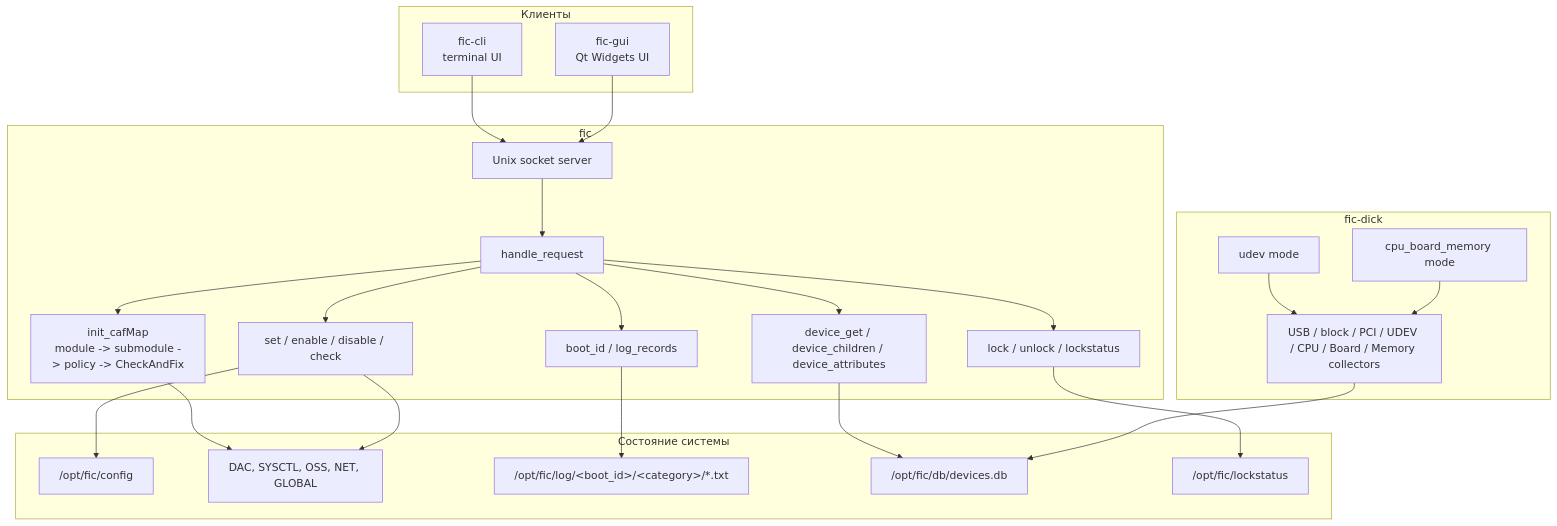
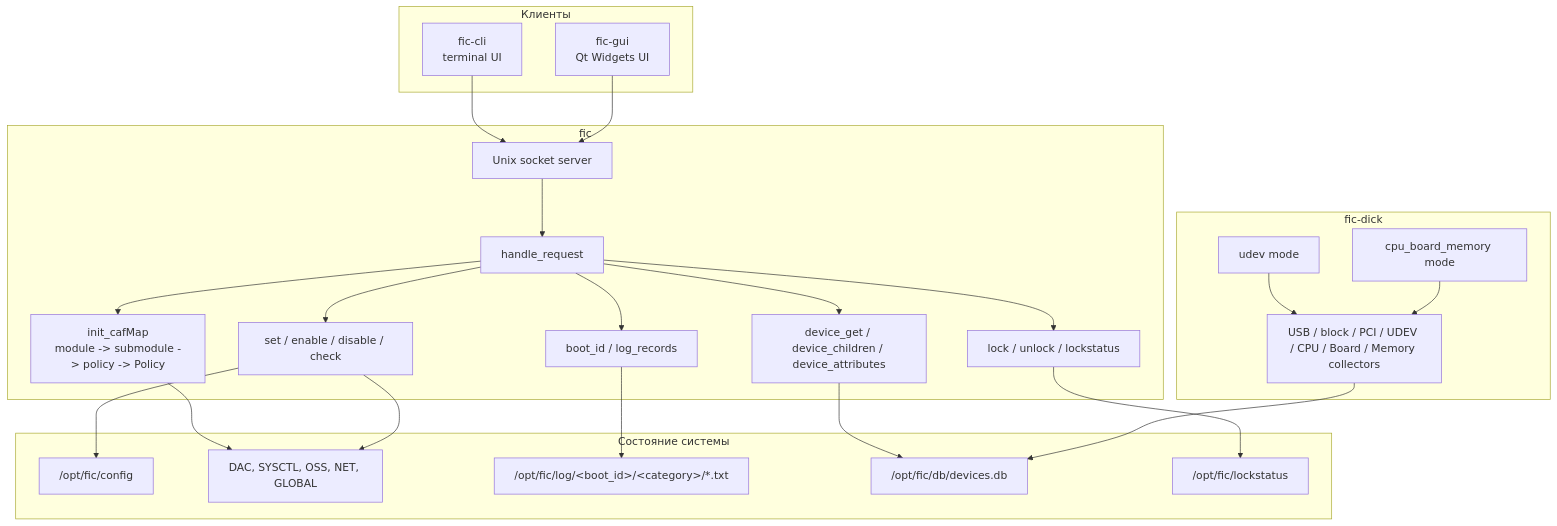
Before and after one commit to RevoltStar/FIC: the second of 10 diagrams in docs/architecture-diagrams.md, drawn with Mermaid. The commit also changed other lines of this file and 121 other files, not shown here.

Commit message:
Переименовываем CheckAndFix в Policy, check_and_fix в apply

````diff
--- a/docs/architecture-diagrams.md
+++ b/docs/architecture-diagrams.md
@@ -36,51 +36,51 @@
 ```mermaid
 flowchart TB
     subgraph Clients[Клиенты]
         cli["fic-cli<br/>terminal UI"]
         gui["fic-gui<br/>Qt Widgets UI"]
     end
 
     subgraph Daemon[fic]
         ipcServer[Unix socket server]
         requestRouter[handle_request]
-        cafMap["init_cafMap<br/>module -> submodule -> policy -> CheckAndFix"]
+        cafMap["init_cafMap<br/>module -> submodule -> policy -> Policy"]
         policyOps[set / enable / disable / check]
         deviceApi[device_get / device_children / device_attributes]
         logApi[boot_id / log_records]
         lockApi[lock / unlock / lockstatus]
     end
 
     subgraph CoreStorage[Состояние системы]
         config["/opt/fic/config"]
         modules[DAC, SYSCTL, OSS, NET, GLOBAL]
         logs["/opt/fic/log/&lt;boot_id&gt;/&lt;category&gt;/*.txt"]
         db["/opt/fic/db/devices.db"]
         lockstatus["/opt/fic/lockstatus"]
     end
 
     subgraph Collectors[fic-dick]
         udevMode[udev mode]
         staticMode[cpu_board_memory mode]
         collectors[USB / block / PCI / UDEV / CPU / Board / Memory collectors]
     end
 
     cli --> ipcServer
     gui --> ipcServer
     ipcServer --> requestRouter
     requestRouter --> cafMap
     requestRouter --> policyOps
     requestRouter --> deviceApi
     requestRouter --> logApi
     requestRouter --> lockApi
 
     cafMap --> modules
     policyOps --> config
     policyOps --> modules
     logApi --> logs
     deviceApi --> db
     lockApi --> lockstatus
 
     udevMode --> collectors
     staticMode --> collectors
     collectors --> db
 ```
````
